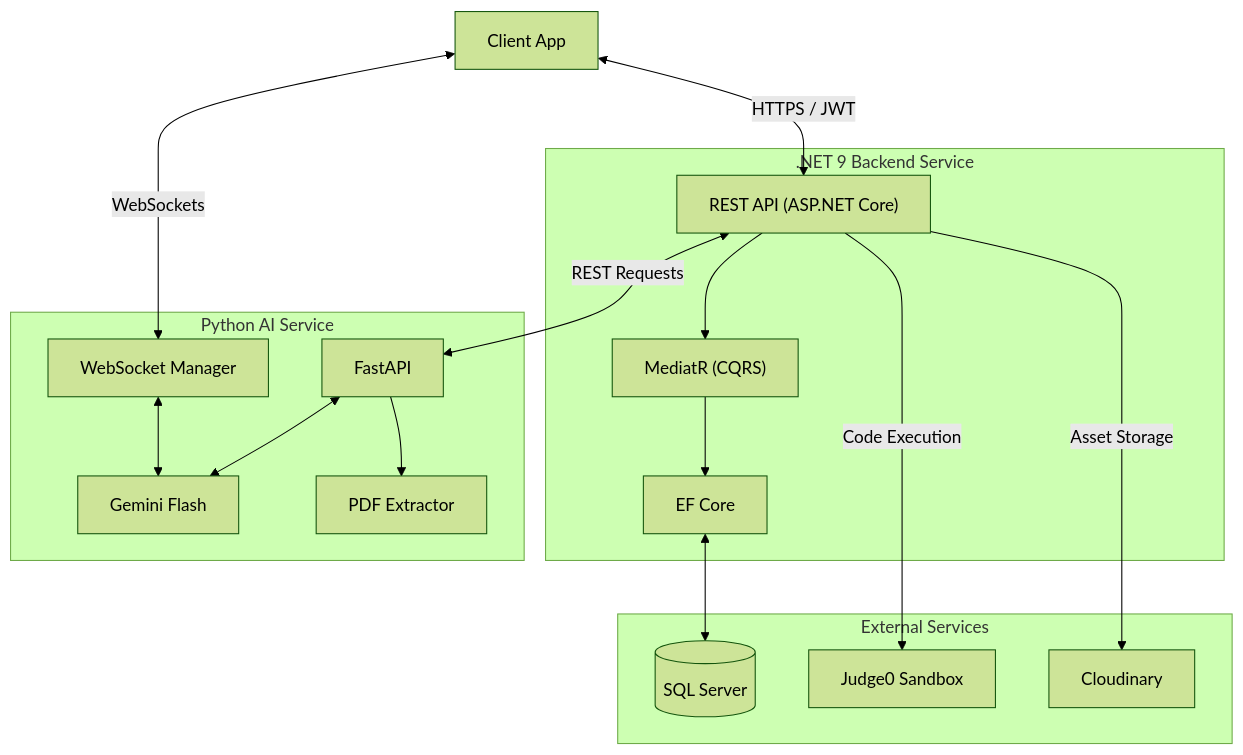
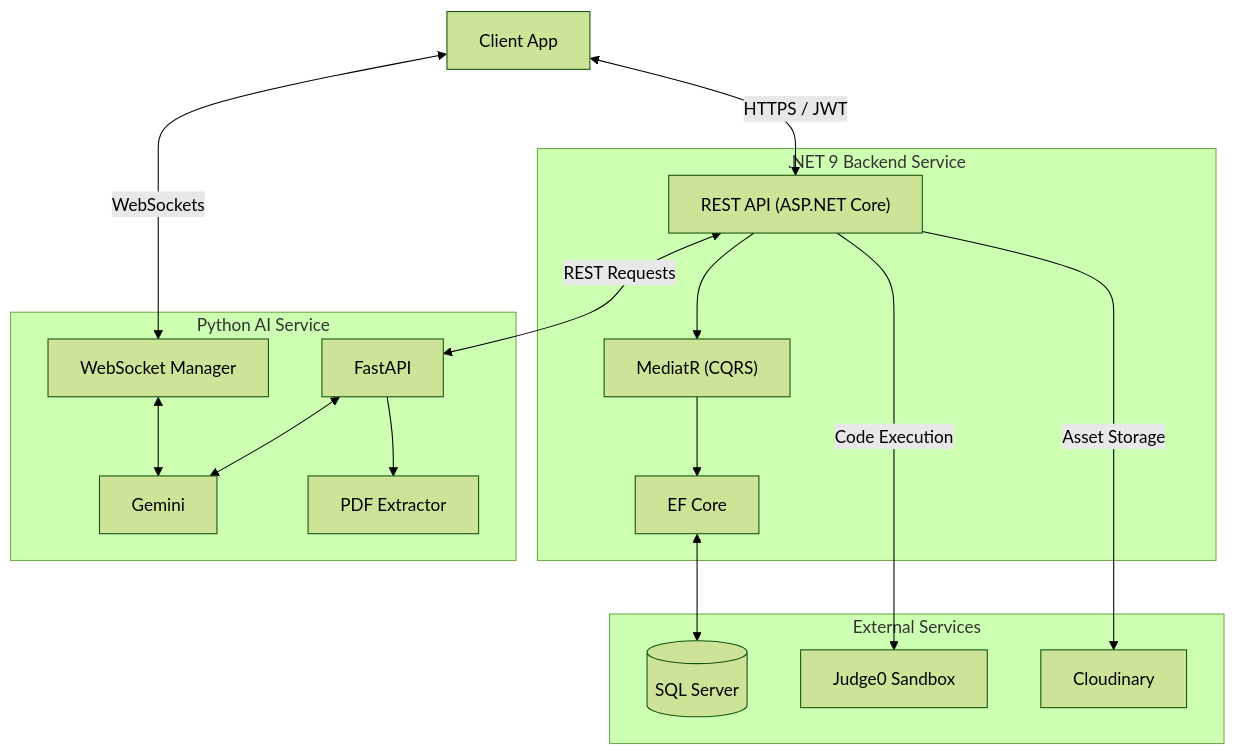
The first of 2 diagrams in README.md (Ahmed-Saalah/MockMate.ai), drawn with Mermaid (forest theme) before and after one commit. The commit also changed other lines of this file, not shown here.

````diff
--- a/README.md
+++ b/README.md
@@ -46,40 +46,40 @@
 ```mermaid
 graph TD
     Client["Client App"]
     
     subgraph Backend [".NET 9 Backend Service"]
         API["REST API (ASP.NET Core)"]
         MediatR["MediatR (CQRS)"]
         EF["EF Core"]
     end
     
     subgraph AIService ["Python AI Service"]
         FastAPI["FastAPI"]
-        GenAI["Gemini Flash"]
+        GenAI["Gemini"]
         WS["WebSocket Manager"]
         PDF["PDF Extractor"]
     end
     
     subgraph External ["External Services"]
         DB[(SQL Server)]
         Judge0["Judge0 Sandbox"]
         Cloudinary["Cloudinary"]
     end
 
     %% Client Connections
     Client <-->|HTTPS / JWT| API
     Client <-->|WebSockets| WS
     
     %% Backend Connections
     API --> MediatR
     MediatR --> EF
     EF <--> DB
     API -->|Code Execution| Judge0
     API -->|Asset Storage| Cloudinary
     API <-->|REST Requests| FastAPI
     
     %% AI Service Connections
     FastAPI --> PDF
     WS <--> GenAI
     FastAPI <--> GenAI
 ```
````
